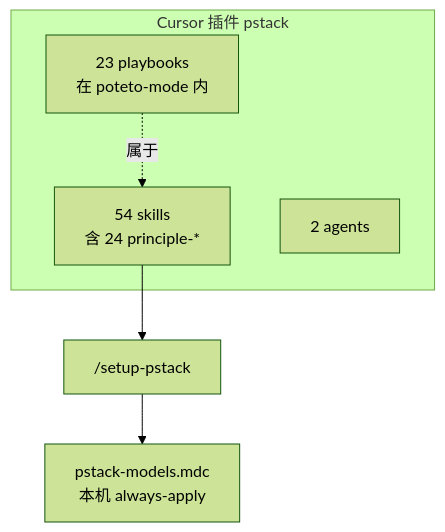
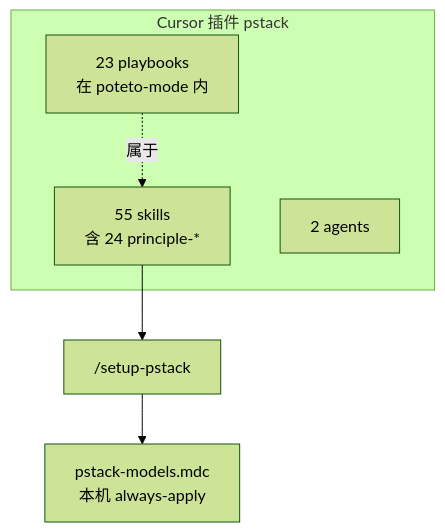
The first of 3 diagrams in tutorials/anatomy.md (fenfenxu/pstack-zh), drawn with Mermaid (forest theme) before and after one commit. The commit also changed other lines of this file and 35 other files, not shown here.

````diff
--- a/tutorials/anatomy.md
+++ b/tutorials/anatomy.md
@@ -28,11 +28,11 @@
 ```mermaid
 flowchart TB
   subgraph plugin["Cursor 插件 pstack"]
-    S["54 skills<br/>含 24 principle-*"]
+    S["55 skills<br/>含 24 principle-*"]
     A["2 agents"]
     PB["23 playbooks<br/>在 poteto-mode 内"]
   end
   SETUP["/setup-pstack"] --> R["pstack-models.mdc<br/>本机 always-apply"]
   S --> SETUP
   PB -.->|"属于"| S
 ```
````
